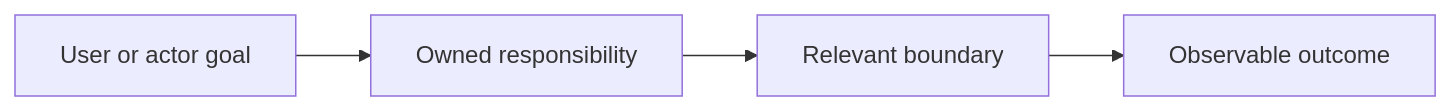
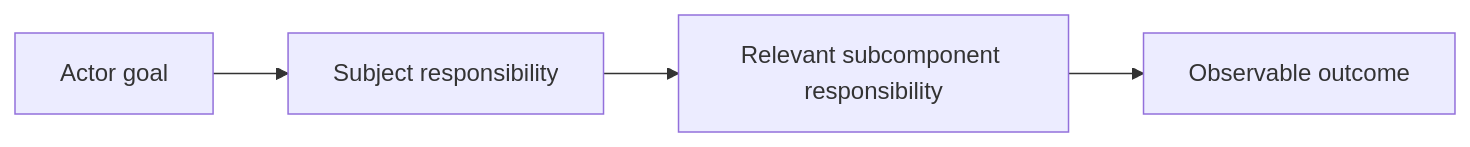
Before and after one commit to abstract-business-systems/as-is: the diagram in skills/functional-context-diagrams/as-is.md, drawn with Mermaid. The commit also changed other lines of this file and 5 other files, not shown here.

Commit message:
Generalize Mermaid diagram design skill

````diff
--- a/skills/functional-context-diagrams/as-is.md
+++ b/skills/functional-context-diagrams/as-is.md
@@ -14,6 +14,6 @@
 ```mermaid
 flowchart LR
-    GOAL[User or actor goal] --> RESPONSIBILITY[Owned responsibility]
-    RESPONSIBILITY --> BOUNDARY[Relevant boundary]
-    BOUNDARY --> OUTCOME[Observable outcome]
+    ACTOR[Actor goal] --> SUBJECT[Subject responsibility]
+    SUBJECT --> CHILD[Relevant subcomponent responsibility]
+    CHILD --> OUTCOME[Observable outcome]
 ```
````
